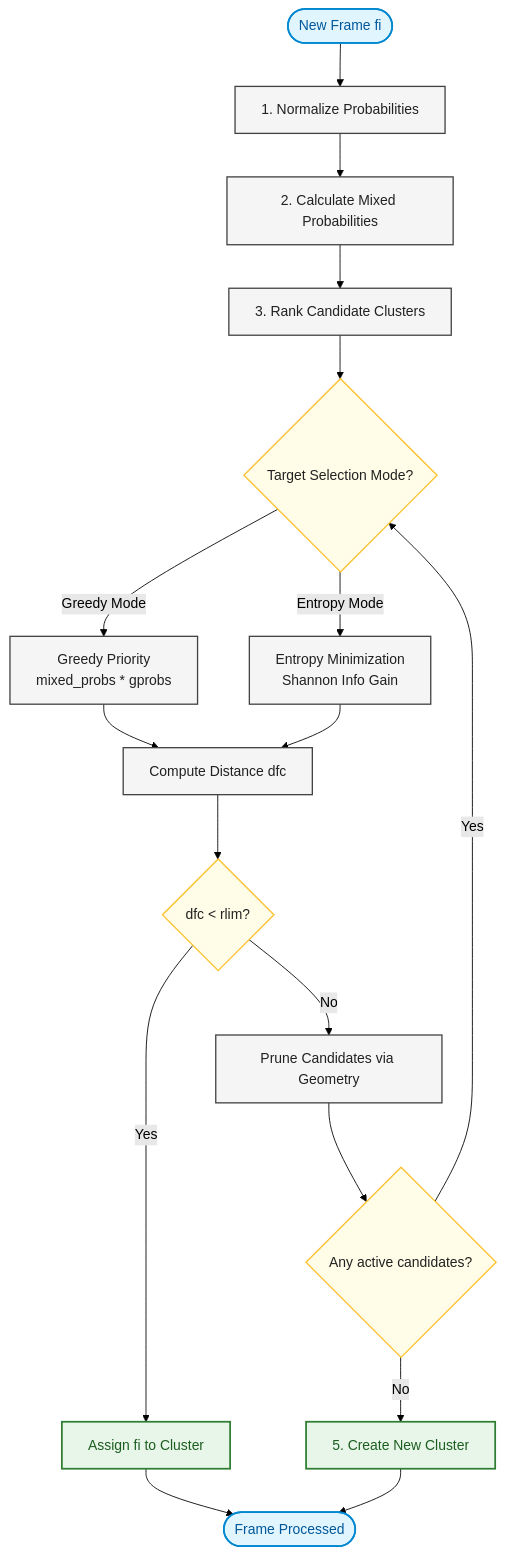
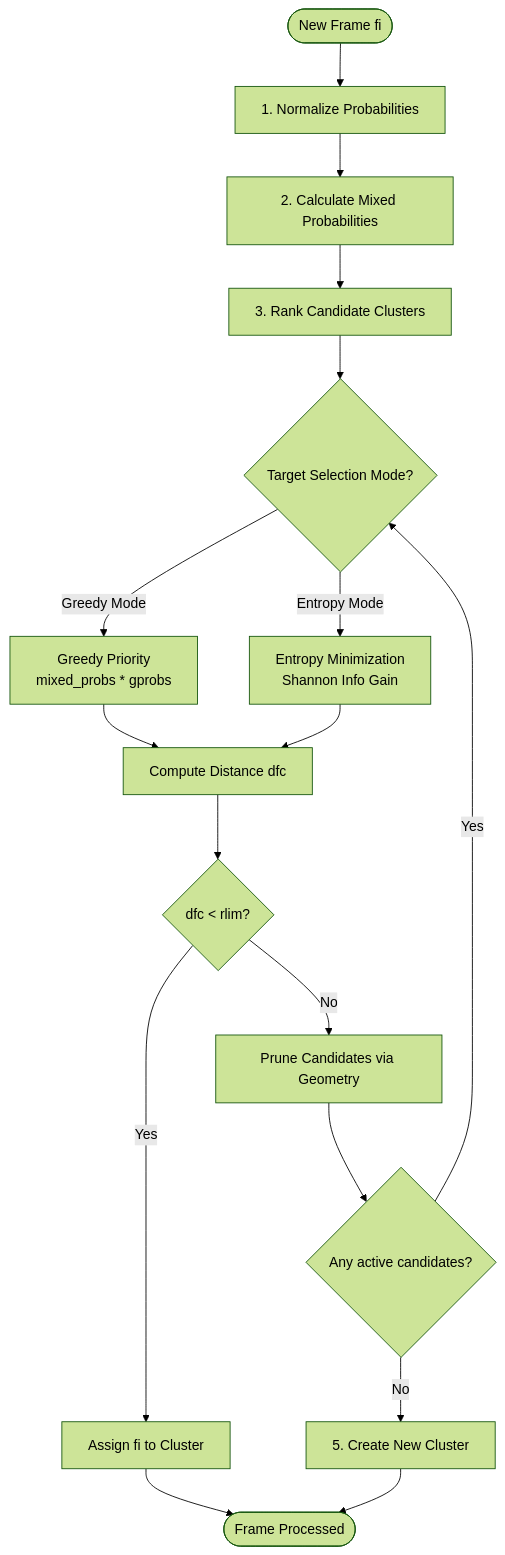
Before and after one commit to oguyon/gric-cluster: the diagram in docs/algorithm/index.md, drawn with Mermaid (forest theme).

Commit message:
docs: fix Mermaid workflow flowchart contrast in dark mode

````diff
--- a/docs/algorithm/index.md
+++ b/docs/algorithm/index.md
@@ -15,31 +15,26 @@
 ```mermaid
 flowchart TD
-    classDef startEnd fill:#e1f5fe,stroke:#0288D1,stroke-width:2px,color:#01579B;
-    classDef process fill:#f5f5f5,stroke:#424242,stroke-width:1.5px,color:#212121;
-    classDef decision fill:#fffde7,stroke:#fbc02d,stroke-width:1.5px,color:#212121;
-    classDef action fill:#e8f5e9,stroke:#2e7d32,stroke-width:2px,color:#1b5e20;
-
-    Start([New Frame fi]):::startEnd --> Step1[1. Normalize Probabilities]:::process
-    Step1 --> Step2[2. Calculate Mixed Probabilities]:::process
-    Step2 --> Step3[3. Rank Candidate Clusters]:::process
+    Start([New Frame fi]) --> Step1[1. Normalize Probabilities]
+    Step1 --> Step2[2. Calculate Mixed Probabilities]
+    Step2 --> Step3[3. Rank Candidate Clusters]
     
-    Step3 --> Step4{Target Selection Mode?}:::decision
+    Step3 --> Step4{Target Selection Mode?}
     
-    Step4 -->|Greedy Mode| Greedy[Greedy Priority<br/>mixed_probs * gprobs]:::process
-    Step4 -->|Entropy Mode| Entropy[Entropy Minimization<br/>Shannon Info Gain]:::process
+    Step4 -->|Greedy Mode| Greedy[Greedy Priority<br/>mixed_probs * gprobs]
+    Step4 -->|Entropy Mode| Entropy[Entropy Minimization<br/>Shannon Info Gain]
     
-    Greedy --> Check[Compute Distance dfc]:::process
+    Greedy --> Check[Compute Distance dfc]
     Entropy --> Check
     
-    Check --> Match{dfc < rlim?}:::decision
+    Check --> Match{dfc < rlim?}
     
-    Match -->|Yes| Assign[Assign fi to Cluster]:::action
-    Match -->|No| Prune[Prune Candidates via Geometry]:::process
+    Match -->|Yes| Assign[Assign fi to Cluster]
+    Match -->|No| Prune[Prune Candidates via Geometry]
     
-    Prune --> Remaining{Any active candidates?}:::decision
+    Prune --> Remaining{Any active candidates?}
     Remaining -->|Yes| Step4
-    Remaining -->|No| Create[5. Create New Cluster]:::action
+    Remaining -->|No| Create[5. Create New Cluster]
     
-    Assign --> End([Frame Processed]):::startEnd
+    Assign --> End([Frame Processed])
     Create --> End
 ```
````
